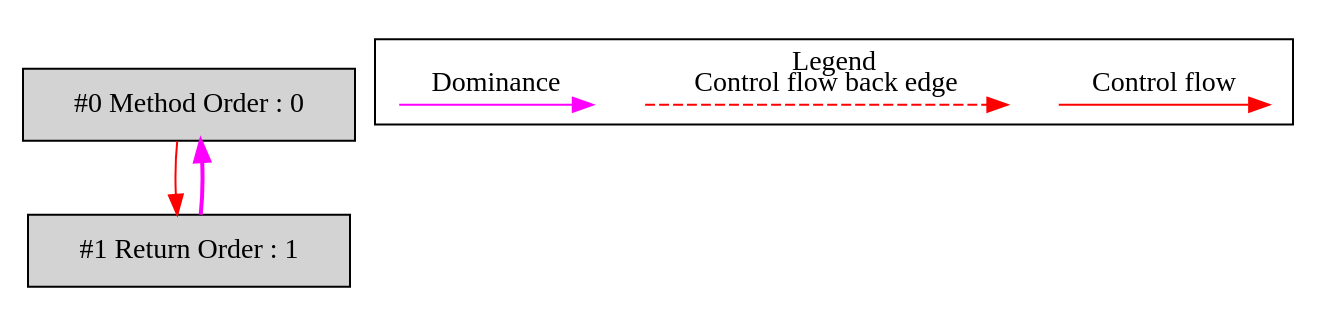
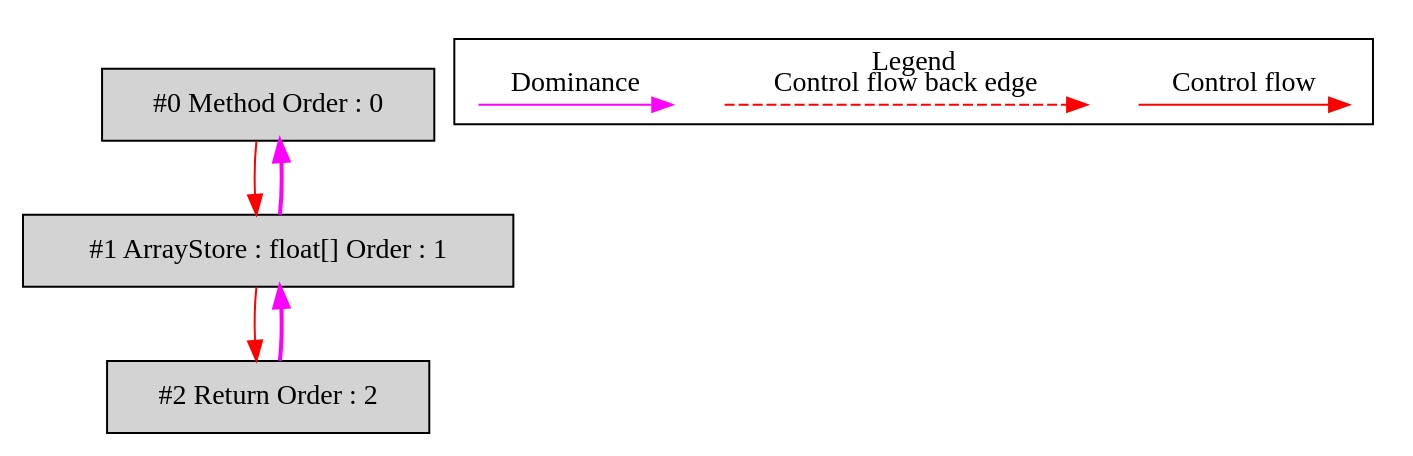
Before and after one commit to mirkosertic/MetaIR: the diagram in de.mirkosertic.metair.ir.OpcodeNEWARRAYTest/test_NEWARRAY_float/ir_cfg_dominatortree.dot, drawn with Graphviz. The commit also changed 1368 other files, not shown here.

```diff
--- a/de.mirkosertic.metair.ir.OpcodeNEWARRAYTest/test_NEWARRAY_float/ir_cfg_dominatortree.dot
+++ b/de.mirkosertic.metair.ir.OpcodeNEWARRAYTest/test_NEWARRAY_float/ir_cfg_dominatortree.dot
@@ -1,25 +1,28 @@
 digraph debugoutput {
  ordering="in";
  node0[label="#0 Method Order : 0",shape=box, fillcolor=lightgrey, style=filled];
- node1[label="#1 Return Order : 1",shape=box, fillcolor=lightgrey, style=filled];
+ node1[label="#1 ArrayStore : float[] Order : 1",shape=box, fillcolor=lightgrey, style=filled];
  node1 -> node0[dir="forward" color="fuchsia" penwidth="2"];
  node0 -> node1[labeldistance=2, color=red, fontcolor=red];
+ node2[label="#2 Return Order : 2",shape=box, fillcolor=lightgrey, style=filled];
+ node2 -> node1[dir="forward" color="fuchsia" penwidth="2"];
+ node1 -> node2[labeldistance=2, color=red, fontcolor=red];
  subgraph cluster_000 {
   label = "Legend";
   node [shape=point]
   {
    rank=same;
    c0 [style = invis];
    c1 [style = invis];
    c2 [style = invis];
    c3 [style = invis];
    d8 [style = invis];
    d9 [style = invis];
 
   }
   c0 -> c1 [label="Control flow", style=solid, color=red]
   c2 -> c3 [label="Control flow back edge", style=dashed, color=red]
   d8 -> d9 [label="Dominance", color=fuchsia, style=solid]
  }
 
 }
```
